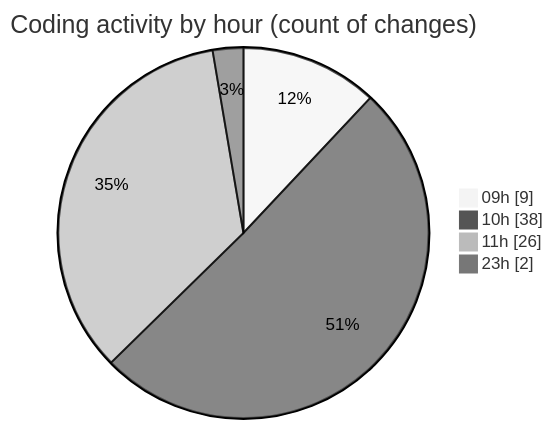
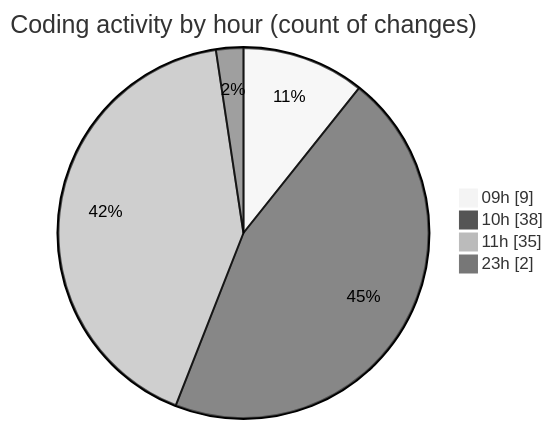
The second of 2 diagrams in 2025-05-19/niten/README.md (Elitesun/code-tracking), drawn with Mermaid (neutral theme) before and after one commit. The commit also changed other lines of this file and 1 other file, not shown here.

````diff
--- a/2025-05-19/niten/README.md
+++ b/2025-05-19/niten/README.md
@@ -51,8 +53,8 @@
 ```mermaid
 pie showData
 title Coding activity by hour (count of changes)
 "09h" : 9
 "10h" : 38
-"11h" : 26
+"11h" : 35
 "23h" : 2
 ```
````
